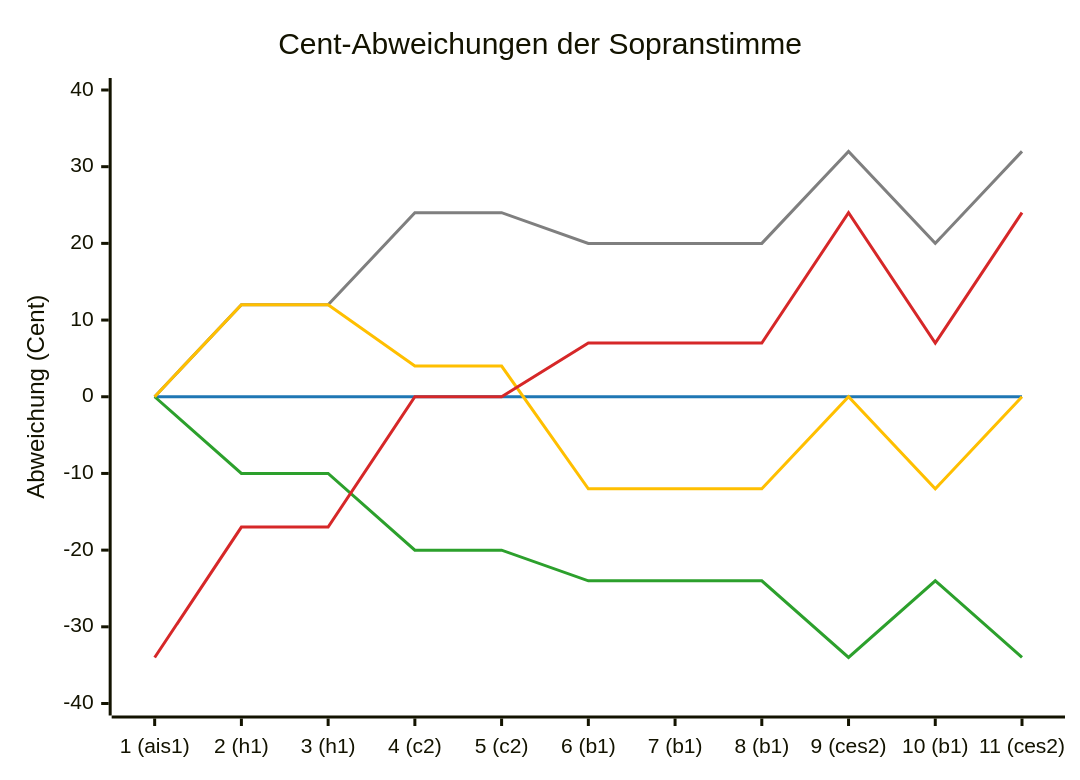
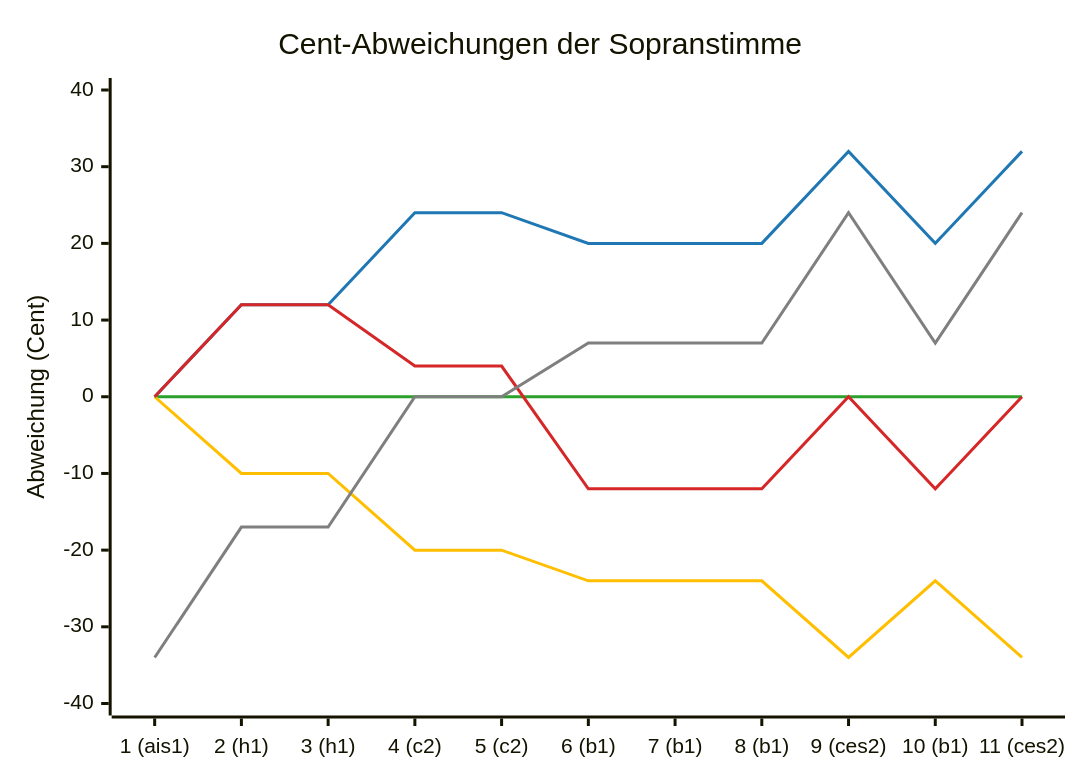
One commit to albertms10/intonation_25ws changed the diagram in README.md. Above: the diagram before and after it, drawn with Mermaid.

Commit message:
docs(README): 📖 adjust chart colors

````diff
--- a/README.md
+++ b/README.md
@@ -180,21 +180,21 @@
 ```mermaid
 %%{init: {
   "theme": "base",
   "themeVariables": {
     "xyChart": {
       "plotColorPalette":
-        "#1f77b4, #2ca02c, #7f7f7f, #ffbf00, #d62728"
+        "#2ca02c, #ffbf00, #1f77b4, #d62728, #7f7f7f"
     }
   }
 }}%%
 
 xychart-beta
   title "Cent-Abweichungen der Sopranstimme"
   x-axis ["1 (ais1)", "2 (h1)", "3 (h1)", "4 (c2)", "5 (c2)", "6 (b1)", "7 (b1)", "8 (b1)", "9 (ces2)", "10 (b1)", "11 (ces2)"]
   y-axis "Abweichung (Cent)" -40 --> 40
   line [0, 0, 0, 0, 0, 0, 0, 0, 0, 0, 0]
   line [0, -10, -10, -20, -20, -24, -24, -24, -34, -24, -34]
   line [0, 12, 12, 24, 24, 20, 20, 20, 32, 20, 32]
   line [0, 12, 12, 4, 4, -12, -12, -12, 0, -12, 0]
   line [-34, -17, -17, 0, 0, 7, 7, 7, 24, 7, 24]
 ```
````
